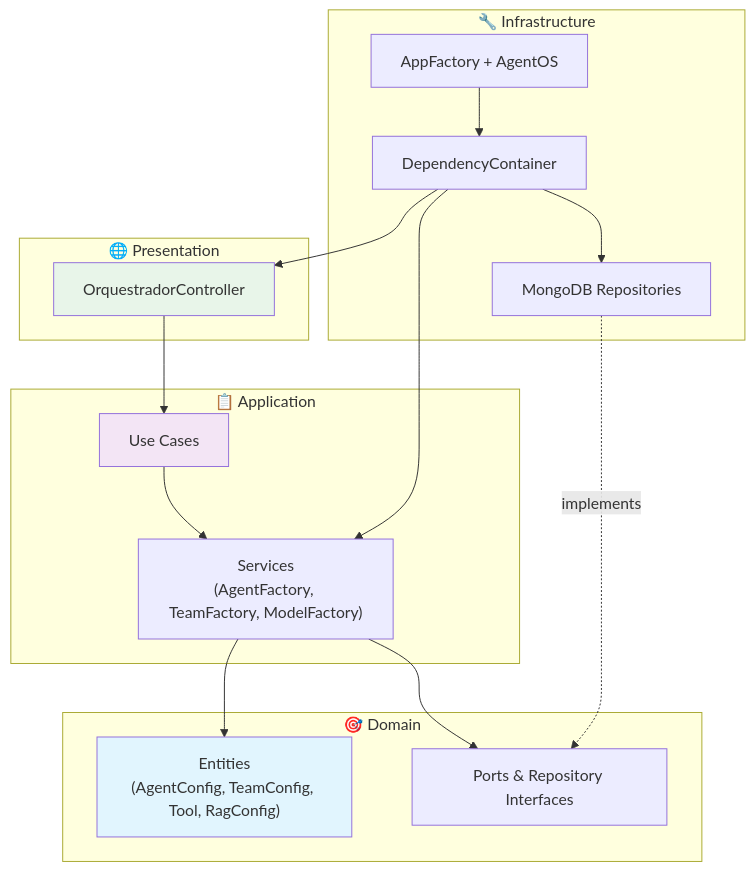
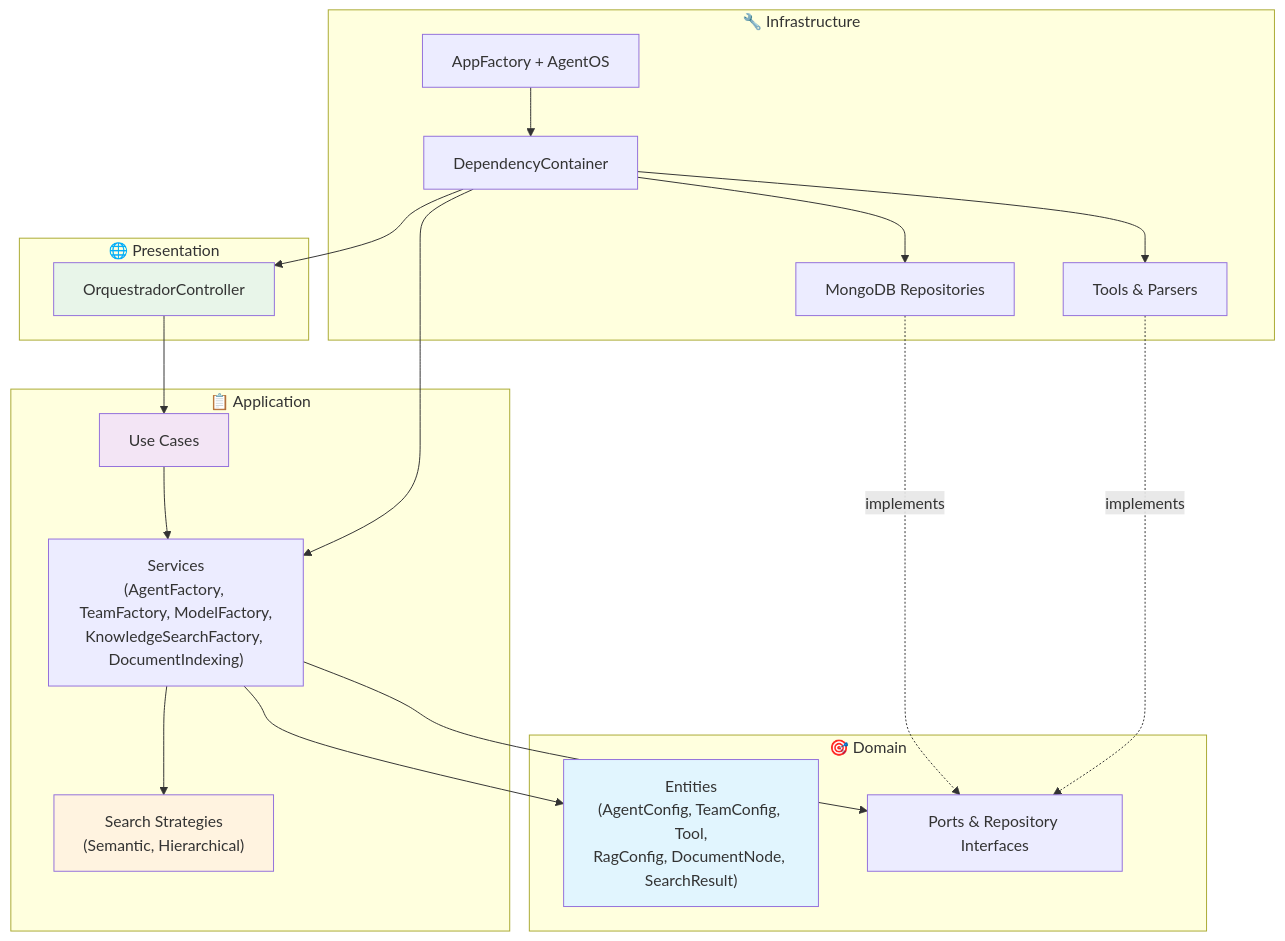
The diagram in README.md (Mosfet04/orquestradorIAPythonArgo), drawn with Mermaid before and after one commit. The commit also changed other lines of this file and 2 other files, not shown here.

Commit message:
Ajuste readme da aplicacão

````diff
--- a/README.md
+++ b/README.md
@@ -50,32 +50,37 @@
 ```mermaid
 graph TB
     subgraph "🎯 Domain"
-        E["Entities<br/>(AgentConfig, TeamConfig, Tool, RagConfig)"]
+        E["Entities<br/>(AgentConfig, TeamConfig, Tool,<br/>RagConfig, DocumentNode, SearchResult)"]
         P["Ports & Repository Interfaces"]
     end
 
     subgraph "📋 Application"
         UC["Use Cases"]
-        S["Services<br/>(AgentFactory, TeamFactory, ModelFactory)"]
+        S["Services<br/>(AgentFactory, TeamFactory, ModelFactory,<br/>KnowledgeSearchFactory, DocumentIndexing)"]
+        SS["Search Strategies<br/>(Semantic, Hierarchical)"]
     end
 
     subgraph "🔧 Infrastructure"
         DB["MongoDB Repositories"]
         WEB["AppFactory + AgentOS"]
         DI["DependencyContainer"]
+        TL["Tools & Parsers"]
     end
 
     subgraph "🌐 Presentation"
         CTRL["OrquestradorController"]
     end
 
     CTRL --> UC --> S --> E
+    S --> SS
     S --> P
     DB -.->|implements| P
-    DI --> CTRL & S & DB
+    TL -.->|implements| P
+    DI --> CTRL & S & DB & TL
     WEB --> DI
 
     style E fill:#e1f5fe
     style UC fill:#f3e5f5
     style CTRL fill:#e8f5e9
+    style SS fill:#fff3e0
 ```
````
